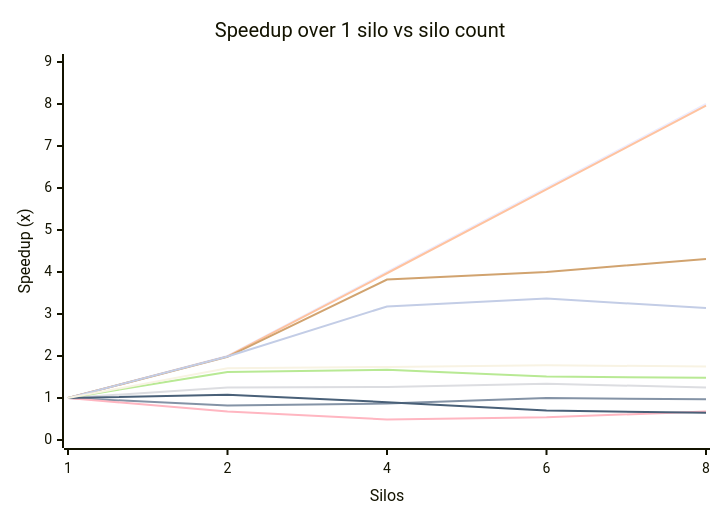
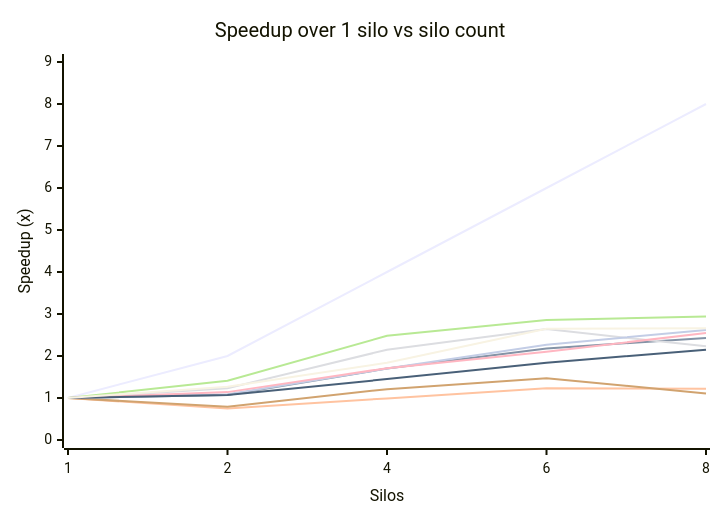
Before and after one commit to NSTA1/Orleans.Lattice: the first of 4 diagrams in docs/lattice/performance-multi-silo.md, drawn with Mermaid. The commit also changed other lines of this file and 1 other file, not shown here.

````diff
--- a/docs/lattice/performance-multi-silo.md
+++ b/docs/lattice/performance-multi-silo.md
@@ -47,16 +49,16 @@
 ```mermaid
 xychart-beta
     title "Speedup over 1 silo vs silo count"
     x-axis "Silos" ["1", "2", "4", "6", "8"]
     y-axis "Speedup (x)" 0 --> 9
     line [1, 2, 4, 6, 8]
-    line [1, 0.82, 0.87, 1, 0.97]
-    line [1, 1.99, 3.97, 5.97, 7.96]
-    line [1, 1.25, 1.26, 1.34, 1.25]
-    line [1, 1.62, 1.67, 1.51, 1.48]
-    line [1, 1.98, 3.82, 4, 4.31]
-    line [1, 1.99, 3.18, 3.37, 3.14]
-    line [1, 0.68, 0.49, 0.54, 0.68]
-    line [1, 1.08, 0.9, 0.7, 0.65]
-    line [1, 1.71, 1.74, 1.78, 1.75]
+    line [1, 1.07, 1.7, 2.18, 2.43]
+    line [1, 0.75, 0.99, 1.23, 1.22]
+    line [1, 1.23, 2.15, 2.64, 2.23]
+    line [1, 1.41, 2.48, 2.86, 2.94]
+    line [1, 0.79, 1.21, 1.47, 1.11]
+    line [1, 1.09, 1.7, 2.27, 2.62]
+    line [1, 1.14, 1.71, 2.1, 2.55]
+    line [1, 1.07, 1.45, 1.84, 2.15]
+    line [1, 1.27, 1.84, 2.65, 2.66]
 ```
````
